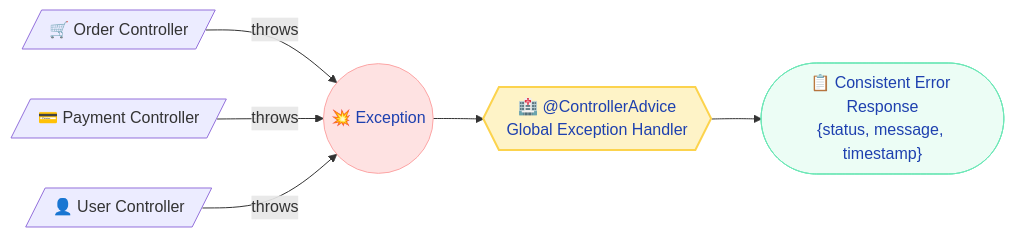
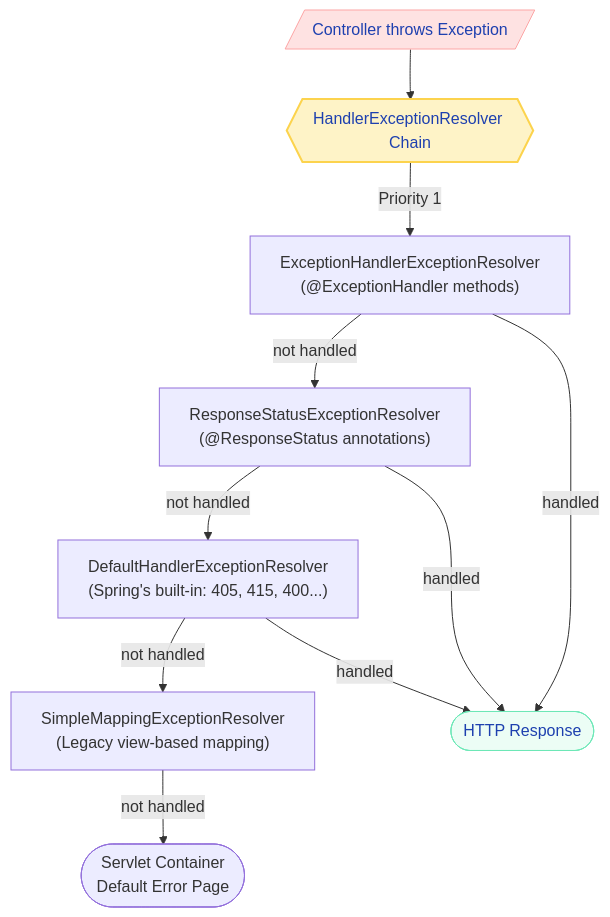
The first of 3 diagrams in docs/springboot/exceptionhandling.md (saivamsikaruturi/vamsilabs-dev-notes-main), drawn with Mermaid before and after one commit. The commit also changed other lines of this file and 21 other files, not shown here.

````diff
--- a/docs/springboot/exceptionhandling.md
+++ b/docs/springboot/exceptionhandling.md
@@ -10,12 +11,17 @@
 ```mermaid
-flowchart LR
-    R1[/"🛒 Order Controller"/] -->|throws| E(("💥 Exception"))
-    R2[/"💳 Payment Controller"/] -->|throws| E
-    R3[/"👤 User Controller"/] -->|throws| E
-    E --> CA{{"🏥 @ControllerAdvice<br/>Global Exception Handler"}}
-    CA --> Res(["📋 Consistent Error Response<br/>{status, message, timestamp}"])
+flowchart TD
+    C[/"Controller throws Exception"/] --> R{{"HandlerExceptionResolver Chain"}}
+    R -->|"Priority 1"| EH["ExceptionHandlerExceptionResolver<br/>(@ExceptionHandler methods)"]
+    EH -->|"not handled"| RS["ResponseStatusExceptionResolver<br/>(@ResponseStatus annotations)"]
+    RS -->|"not handled"| DH["DefaultHandlerExceptionResolver<br/>(Spring's built-in: 405, 415, 400...)"]
+    DH -->|"not handled"| SM["SimpleMappingExceptionResolver<br/>(Legacy view-based mapping)"]
+    SM -->|"not handled"| SC(["Servlet Container<br/>Default Error Page"])
+    
+    EH -->|"handled"| RESP(["HTTP Response"])
+    RS -->|"handled"| RESP
+    DH -->|"handled"| RESP
 
-    style CA fill:#FEF3C7,stroke:#FCD34D,stroke-width:2px,color:#1E40AF
-    style Res fill:#ECFDF5,stroke:#6EE7B7,color:#1E40AF
-    style E fill:#FEE2E2,stroke:#FCA5A5,color:#1E40AF
+    style R fill:#FEF3C7,stroke:#FCD34D,stroke-width:2px,color:#1E40AF
+    style RESP fill:#ECFDF5,stroke:#6EE7B7,color:#1E40AF
+    style C fill:#FEE2E2,stroke:#FCA5A5,color:#1E40AF
 ```
````
